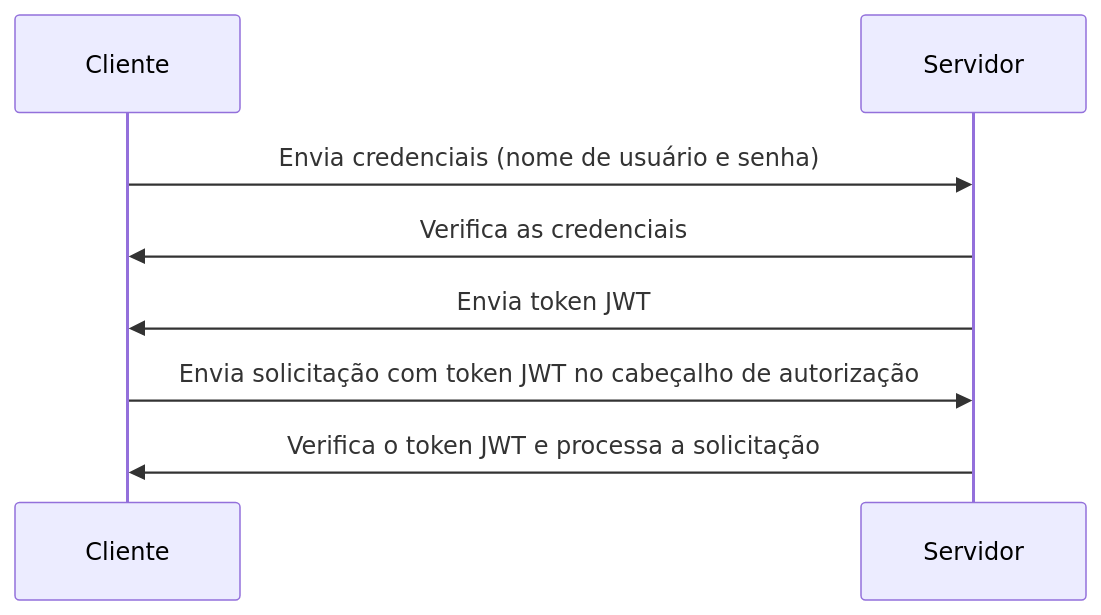
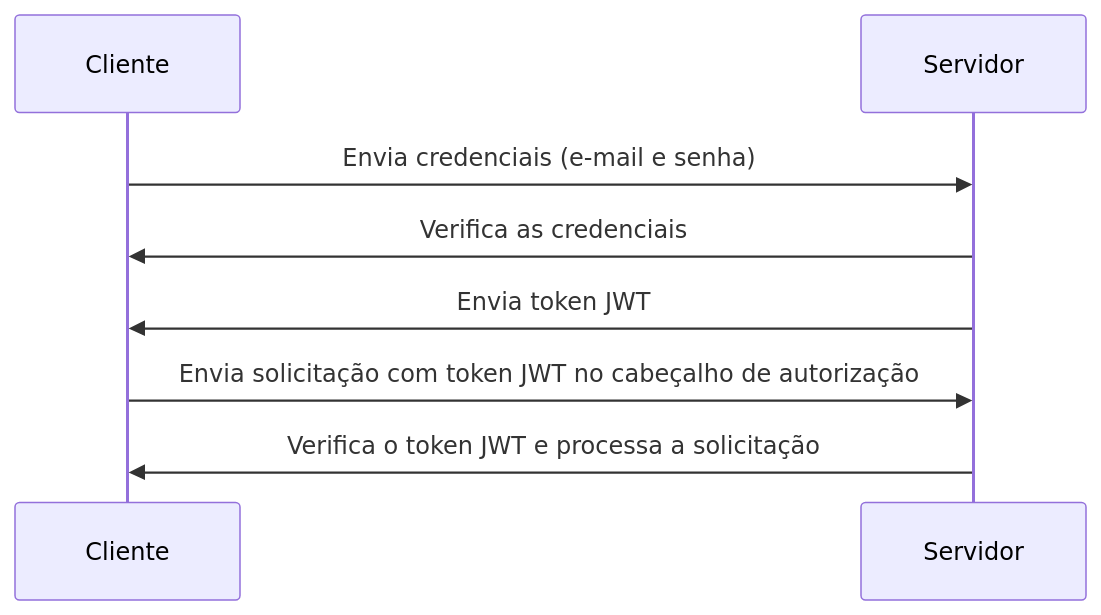
The diagram in aulas/05.md (dunossauro/fastapi-do-zero), drawn with Mermaid before and after one commit. The commit also changed other lines of this file, not shown here.

````diff
--- a/aulas/05.md
+++ b/aulas/05.md
@@ -82,10 +83,10 @@
 ```mermaid
 sequenceDiagram
   participant Cliente as Cliente
   participant Servidor as Servidor
-  Cliente->>Servidor: Envia credenciais (nome de usuário e senha)
+  Cliente->>Servidor: Envia credenciais (e-mail e senha)
   Servidor->>Cliente: Verifica as credenciais
   Servidor->>Cliente: Envia token JWT
   Cliente->>Servidor: Envia solicitação com token JWT no cabeçalho de autorização
   Servidor->>Cliente: Verifica o token JWT e processa a solicitação
 ```
````
